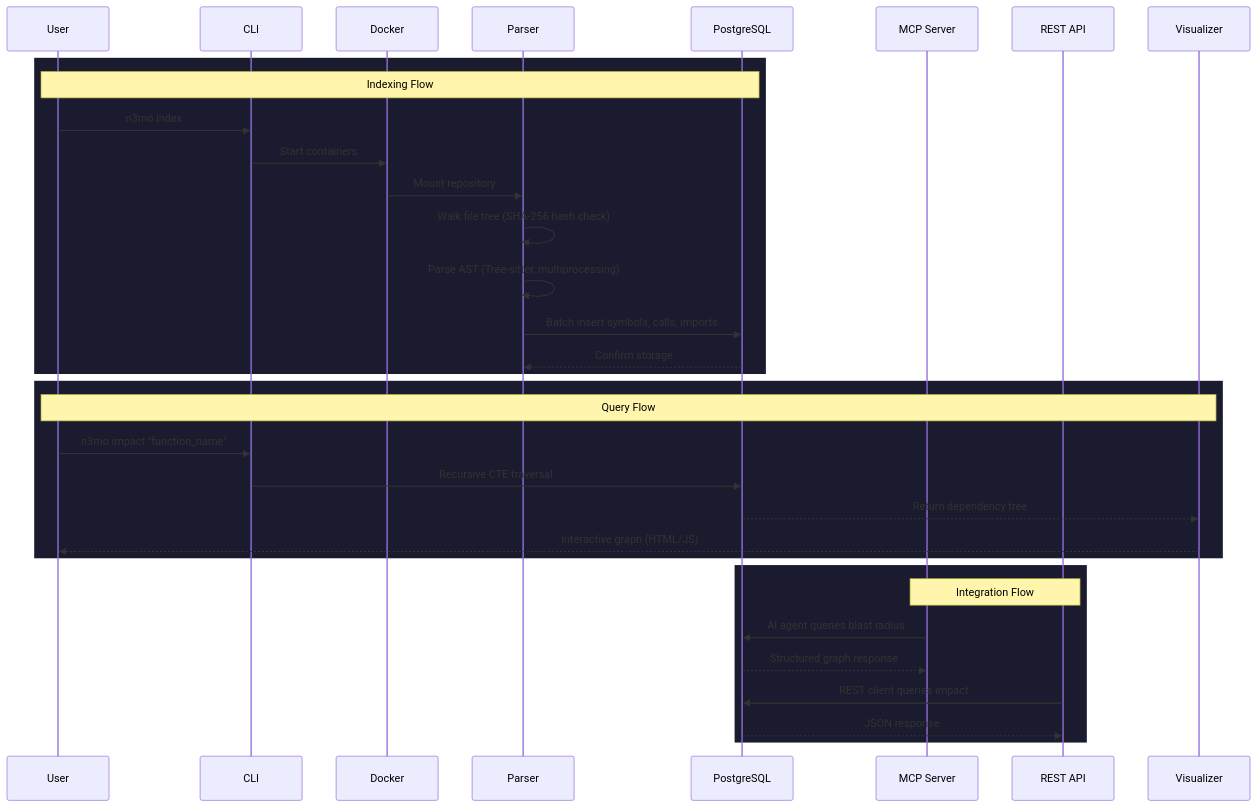
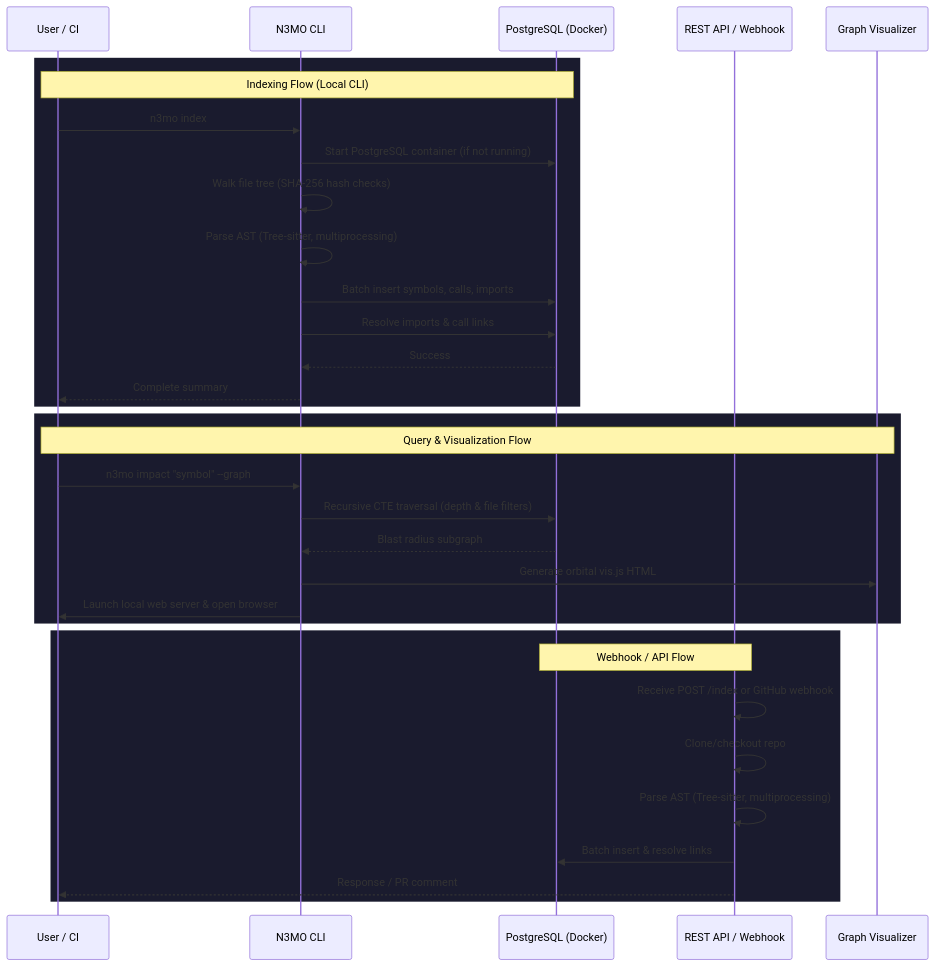
Before and after one commit to RajX-dev/CODESEER-MAIN: the second of 4 diagrams in README.md, drawn with Mermaid. The commit also changed other lines of this file, not shown here.

Commit message:
docs: update system flow diagram and webhook settings in README

````diff
--- a/README.md
+++ b/README.md
@@ -136,38 +136,38 @@
 ```mermaid
 sequenceDiagram
-    participant User
-    participant CLI
-    participant Docker
-    participant Parser
-    participant DB as PostgreSQL
-    participant MCP as MCP Server
-    participant API as REST API
-    participant Viz as Visualizer
+    participant User as User / CI
+    participant CLI as N3MO CLI
+    participant DB as PostgreSQL (Docker)
+    participant API as REST API / Webhook
+    participant Viz as Graph Visualizer
 
     rect rgb(26, 27, 46)
-    Note over User, DB: Indexing Flow
+    Note over User, DB: Indexing Flow (Local CLI)
     User->>CLI: n3mo index
-    CLI->>Docker: Start containers
-    Docker->>Parser: Mount repository
-    Parser->>Parser: Walk file tree (SHA-256 hash check)
-    Parser->>Parser: Parse AST (Tree-sitter, multiprocessing)
-    Parser->>DB: Batch insert symbols, calls, imports
-    DB-->>Parser: Confirm storage
+    CLI->>DB: Start PostgreSQL container (if not running)
+    CLI->>CLI: Walk file tree (SHA-256 hash checks)
+    CLI->>CLI: Parse AST (Tree-sitter, multiprocessing)
+    CLI->>DB: Batch insert symbols, calls, imports
+    CLI->>DB: Resolve imports & call links
+    DB-->>CLI: Success
+    CLI-->>User: Complete summary
     end
 
     rect rgb(26, 27, 46)
-    Note over User, Viz: Query Flow
-    User->>CLI: n3mo impact "function_name"
-    CLI->>DB: Recursive CTE traversal
-    DB-->>Viz: Return dependency tree
-    Viz-->>User: Interactive graph (HTML/JS)
+    Note over User, Viz: Query & Visualization Flow
+    User->>CLI: n3mo impact "symbol" --graph
+    CLI->>DB: Recursive CTE traversal (depth & file filters)
+    DB-->>CLI: Blast radius subgraph
+    CLI->>Viz: Generate orbital vis.js HTML
+    CLI->>User: Launch local web server & open browser
     end
 
     rect rgb(26, 27, 46)
-    Note over MCP, API: Integration Flow
-    MCP->>DB: AI agent queries blast radius
-    DB-->>MCP: Structured graph response
-    API->>DB: REST client queries impact
-    DB-->>API: JSON response
+    Note over API, DB: Webhook / API Flow
+    API->>API: Receive POST /index or GitHub webhook
+    API->>API: Clone/checkout repo
+    API->>API: Parse AST (Tree-sitter, multiprocessing)
+    API->>DB: Batch insert & resolve links
+    API-->>User: Response / PR comment
     end
 ```
````
